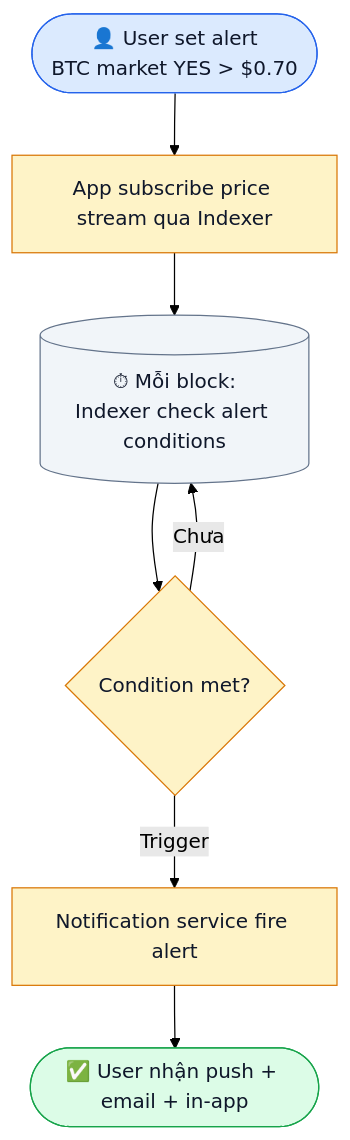
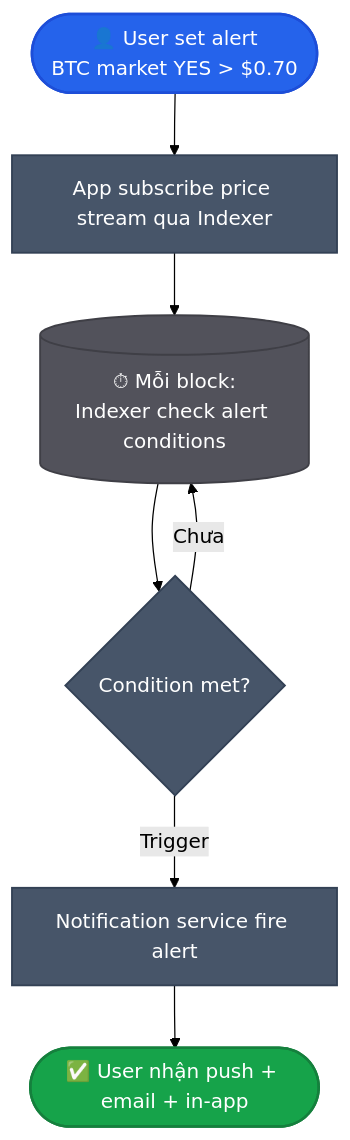
The second of 2 diagrams in vi_v6/cong-dong/notifications.md (PrediX-Protocol/predix-docs), drawn with Mermaid (forest theme) before and after one commit. The commit also changed other lines of this file and 32 other files, not shown here.

First line of the commit message:
docs(vi_v6): redesign Mermaid theme — solid mid-tone palette + dark theme

````diff
--- a/vi_v6/cong-dong/notifications.md
+++ b/vi_v6/cong-dong/notifications.md
@@ -73,19 +73,19 @@
 ```mermaid
 flowchart TD
     Setup(["👤 User set alert<br/>BTC market YES > $0.70"])
     Setup --> S1["App subscribe price stream qua Indexer"]
     S1 --> Loop[("⏱ Mỗi block:<br/>Indexer check alert conditions")]
     Loop --> Cond{"Condition met?"}
     Cond -->|Chưa| Loop
     Cond -->|Trigger| S2["Notification service fire alert"]
     S2 --> End(["✅ User nhận push + email + in-app"])
 
-    classDef st fill:#dbeafe,stroke:#2563eb,color:#0f172a
-    classDef step fill:#fef3c7,stroke:#d97706,color:#0f172a
-    classDef loop fill:#f1f5f9,stroke:#64748b,color:#0f172a
-    classDef ok fill:#dcfce7,stroke:#16a34a,color:#0f172a
+    classDef st fill:#2563eb,stroke:#1d4ed8,color:#fff,stroke-width:2px
+    classDef step fill:#475569,stroke:#334155,color:#fff,stroke-width:1.5px
+    classDef loop fill:#52525b,stroke:#3f3f46,color:#fff,stroke-width:1.5px
+    classDef ok fill:#16a34a,stroke:#15803d,color:#fff,stroke-width:2px
     class Setup st
     class S1,S2,Cond step
     class Loop loop
     class End ok
 ```
````
